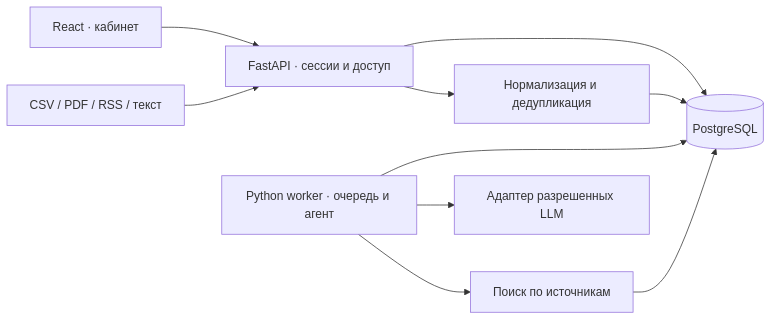
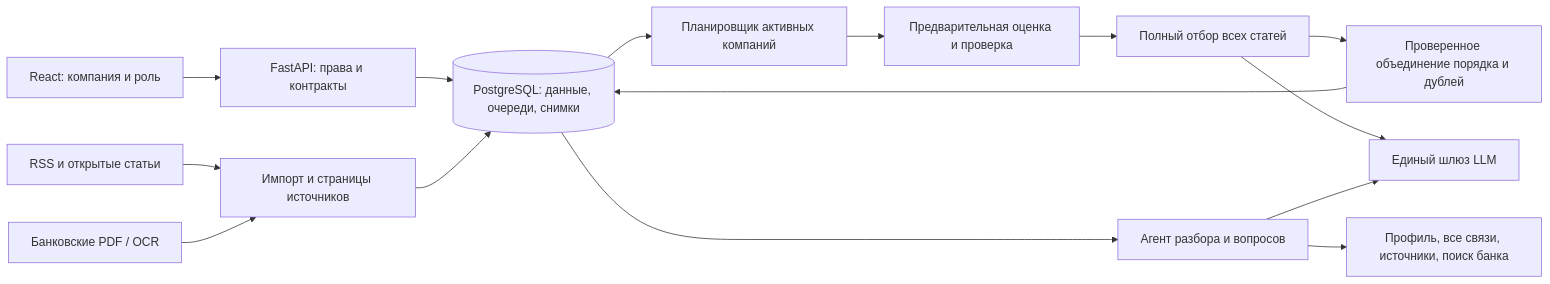
The diagram in docs/architecture.md (qprym/hackathon), drawn with Mermaid before and after one commit. The commit also changed other lines of this file and 80 other files, not shown here.

````diff
--- a/docs/architecture.md
+++ b/docs/architecture.md
@@ -3,12 +5,17 @@
 ```mermaid
 flowchart LR
-    U[React · кабинет] --> API[FastAPI · сессии и доступ]
-    API --> DB[(PostgreSQL)]
-    W[Python worker · очередь и агент] --> DB
-    W --> L[Адаптер разрешенных LLM]
-    W --> R[Поиск по источникам]
-    R --> DB
-    I[CSV / PDF / RSS / текст] --> API
-    API --> D[Нормализация и дедупликация]
-    D --> DB
+  UI[React: компания и роль] --> API[FastAPI: права и контракты]
+  API --> DB[(PostgreSQL: данные, очереди, снимки)]
+  RSS[RSS и открытые статьи] --> ING[Импорт и страницы источников]
+  PDF[Банковские PDF / OCR] --> ING
+  ING --> DB
+  DB --> PIPE[Планировщик активных компаний]
+  PIPE --> ASSESS[Предварительная оценка и проверка]
+  ASSESS --> FULL[Полный отбор всех статей]
+  FULL --> MERGE[Проверенное объединение порядка и дублей]
+  MERGE --> DB
+  DB --> AGENT[Агент разбора и вопросов]
+  AGENT --> TOOLS[Профиль, все связи, источники, поиск банка]
+  FULL --> LLM[Единый шлюз LLM]
+  AGENT --> LLM
 ```
````
